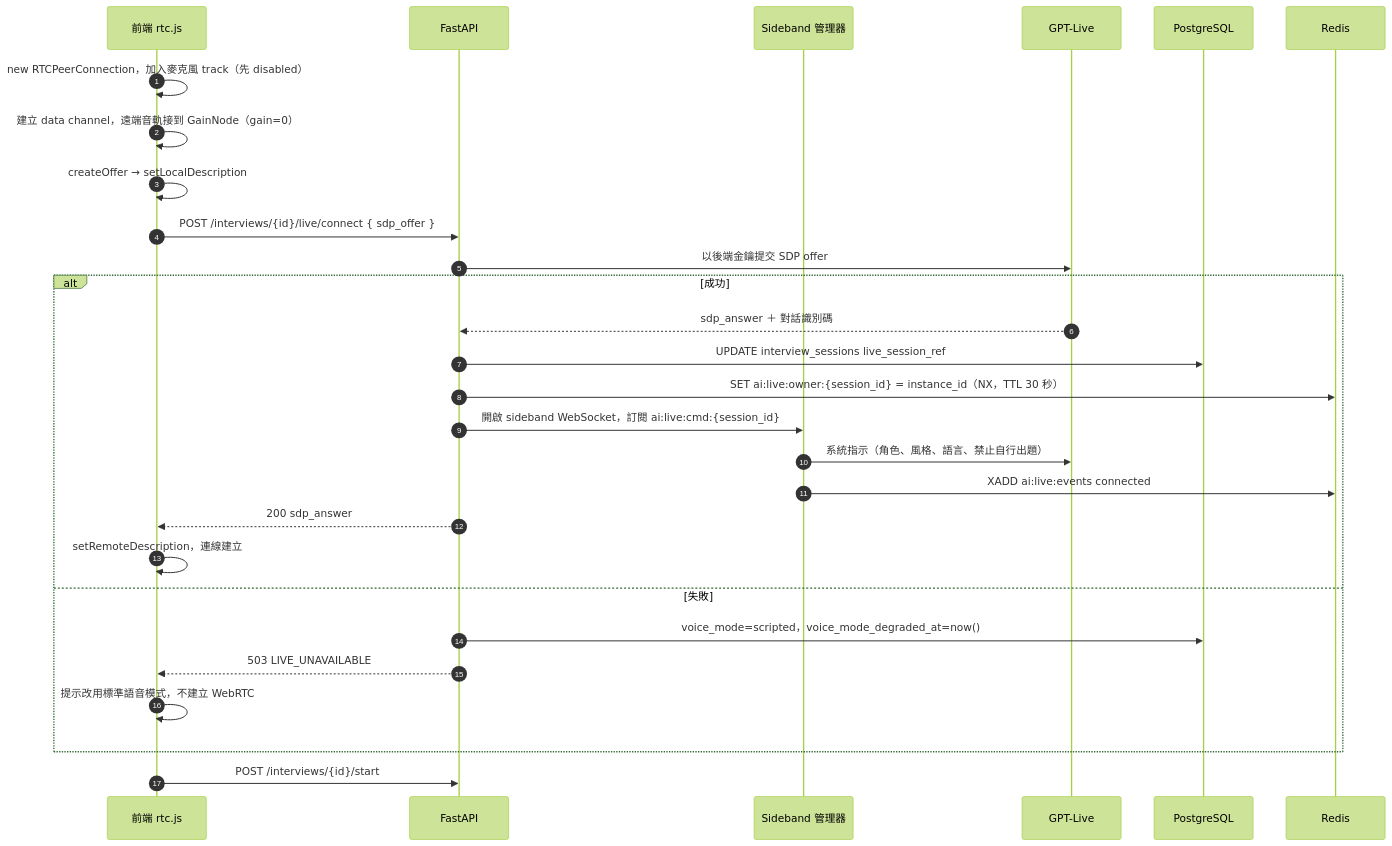
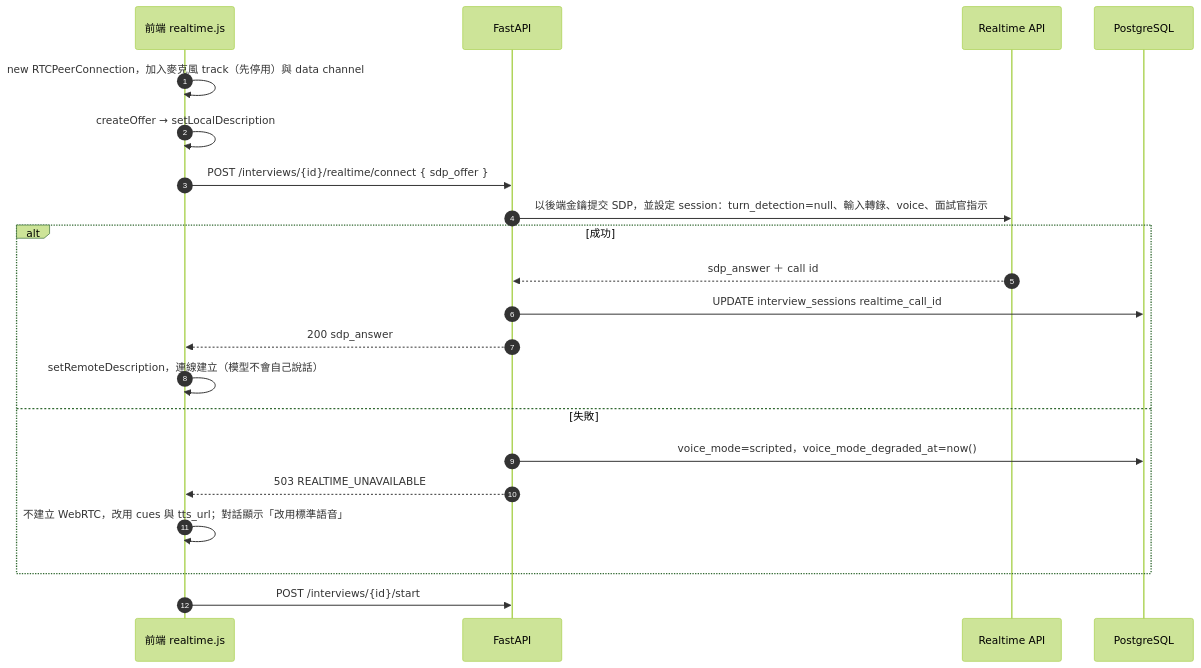
Before and after one commit to WilliamTsai1227/AI_Interview: diagram 13 of 30 in spec/flows.md, drawn with Mermaid (forest theme). The commit also changed other lines of this file and 4 other files, not shown here.

First line of the commit message:
Switch voice to chained + Realtime, add target jobs page, rework prep page

````diff
--- a/spec/flows.md
+++ b/spec/flows.md
@@ -366,31 +396,24 @@
 ```mermaid
 sequenceDiagram
     autonumber
-    participant FE as 前端 rtc.js
+    participant FE as 前端 realtime.js
     participant API as FastAPI
-    participant SB as Sideband 管理器
-    participant GL as GPT-Live
+    participant RT as Realtime API
     participant DB as PostgreSQL
-    participant RD as Redis
 
-    FE->>FE: new RTCPeerConnection，加入麥克風 track（先 disabled）
-    FE->>FE: 建立 data channel，遠端音軌接到 GainNode（gain=0）
+    FE->>FE: new RTCPeerConnection，加入麥克風 track（先停用）與 data channel
     FE->>FE: createOffer → setLocalDescription
-    FE->>API: POST /interviews/{id}/live/connect { sdp_offer }
-    API->>GL: 以後端金鑰提交 SDP offer
+    FE->>API: POST /interviews/{id}/realtime/connect { sdp_offer }
+    API->>RT: 以後端金鑰提交 SDP，並設定 session：turn_detection=null、輸入轉錄、voice、面試官指示
     alt 成功
-        GL-->>API: sdp_answer ＋ 對話識別碼
-        API->>DB: UPDATE interview_sessions live_session_ref
-        API->>RD: SET ai:live:owner:{session_id} = instance_id（NX，TTL 30 秒）
-        API->>SB: 開啟 sideband WebSocket，訂閱 ai:live:cmd:{session_id}
-        SB->>GL: 系統指示（角色、風格、語言、禁止自行出題）
-        SB->>RD: XADD ai:live:events connected
+        RT-->>API: sdp_answer ＋ call id
+        API->>DB: UPDATE interview_sessions realtime_call_id
         API-->>FE: 200 sdp_answer
-        FE->>FE: setRemoteDescription，連線建立
+        FE->>FE: setRemoteDescription，連線建立（模型不會自己說話）
     else 失敗
         API->>DB: voice_mode=scripted，voice_mode_degraded_at=now()
-        API-->>FE: 503 LIVE_UNAVAILABLE
-        FE->>FE: 提示改用標準語音模式，不建立 WebRTC
+        API-->>FE: 503 REALTIME_UNAVAILABLE
+        FE->>FE: 不建立 WebRTC，改用 cues 與 tts_url；對話顯示「改用標準語音」
     end
     FE->>API: POST /interviews/{id}/start
 ```
````
